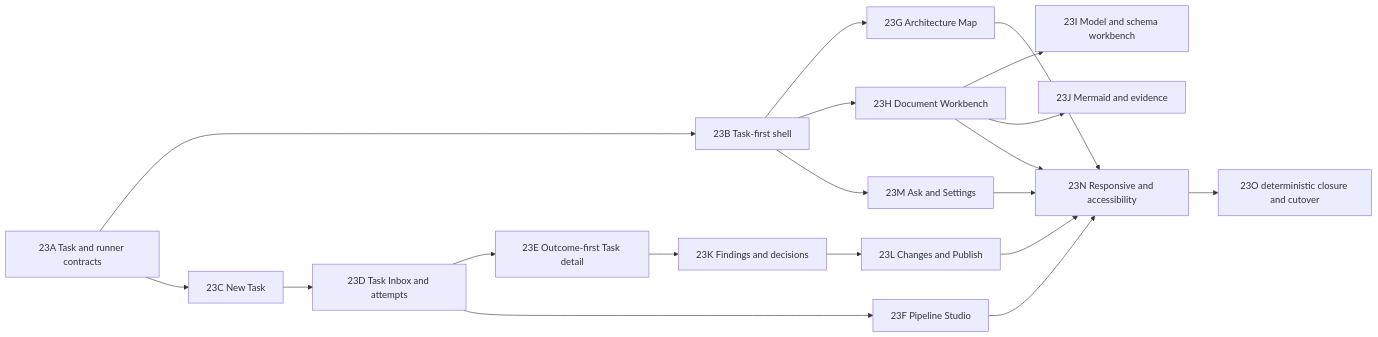
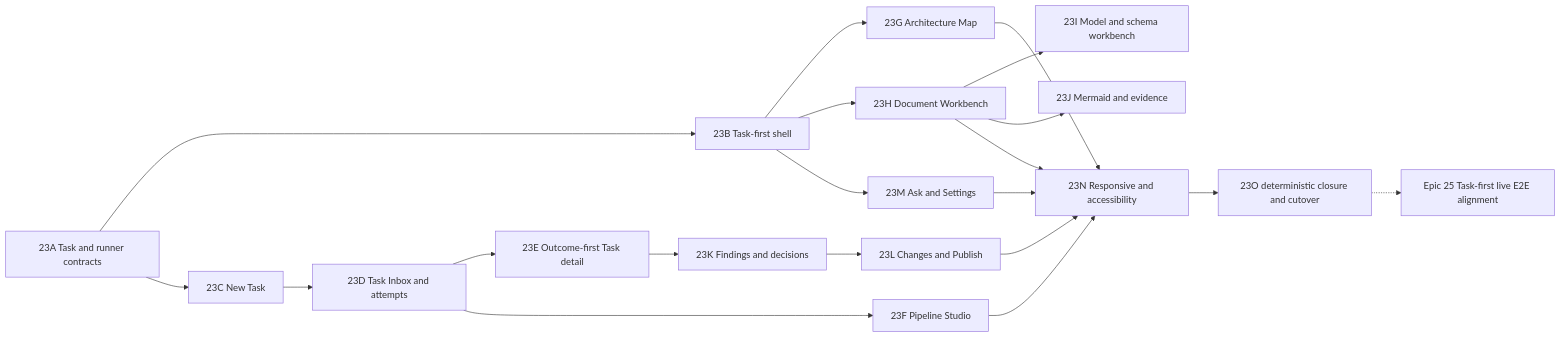
One commit to GrinRus/ProvenArch changed the diagram in docs/UI_TASK_FIRST_PRODUCT_MIGRATION_PLAN.md. Above: the diagram before and after it, drawn with Mermaid. The commit also changed other lines of this file and 2 other files, not shown here.

Commit message:
Add Epic 25 live E2E alignment plan (#222)

````diff
--- a/docs/UI_TASK_FIRST_PRODUCT_MIGRATION_PLAN.md
+++ b/docs/UI_TASK_FIRST_PRODUCT_MIGRATION_PLAN.md
@@ -72,21 +72,22 @@
 ```mermaid
 flowchart LR
   A["23A Task and runner contracts"] --> B["23B Task-first shell"]
   A --> C["23C New Task"]
   C --> D["23D Task Inbox and attempts"]
   D --> E["23E Outcome-first Task detail"]
   D --> F["23F Pipeline Studio"]
   B --> G["23G Architecture Map"]
   B --> H["23H Document Workbench"]
   H --> I["23I Model and schema workbench"]
   H --> J["23J Mermaid and evidence"]
   E --> K["23K Findings and decisions"]
   K --> L["23L Changes and Publish"]
   B --> M["23M Ask and Settings"]
   F --> N["23N Responsive and accessibility"]
   G --> N
   H --> N
   L --> N
   M --> N
   N --> O["23O deterministic closure and cutover"]
+  O -.-> P["Epic 25 Task-first live E2E alignment"]
 ```
````
